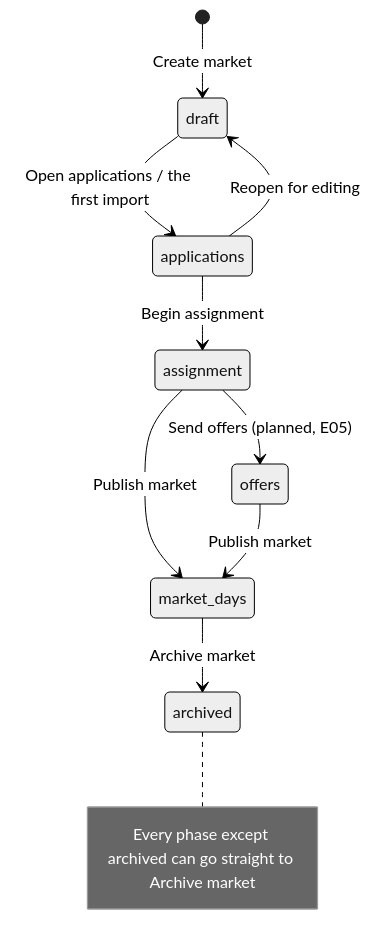
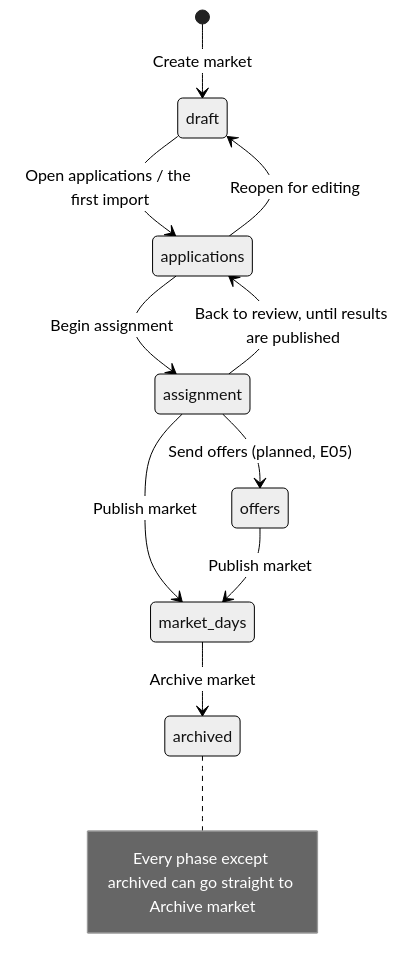
One commit to chanjdaniel/Conventioner changed the diagram in docs/business/flows/lifecycle.md. Above: the diagram before and after it, drawn with Mermaid (neutral theme). The commit also changed other lines of this file and 14 other files, not shown here.

First line of the commit message:
docs: record Back to review in ADR 0021 and the nodes it touches

````diff
--- a/docs/business/flows/lifecycle.md
+++ b/docs/business/flows/lifecycle.md
@@ -51,12 +52,13 @@
 ```mermaid
 stateDiagram-v2
     [*] --> draft : Create market
     draft --> applications : Open applications / the first import
     applications --> draft : Reopen for editing
     applications --> assignment : Begin assignment
+    assignment --> applications : Back to review, until results are published
     assignment --> market_days : Publish market
     assignment --> offers : Send offers (planned, E05)
     offers --> market_days : Publish market
     market_days --> archived : Archive market
     note right of archived : Every phase except archived can go straight to Archive market
 ```
````
